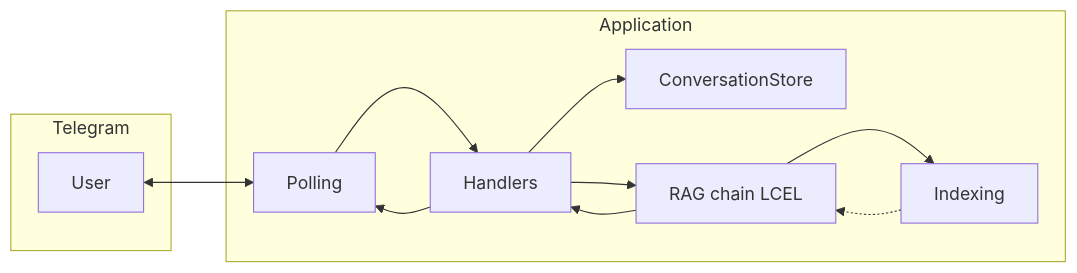
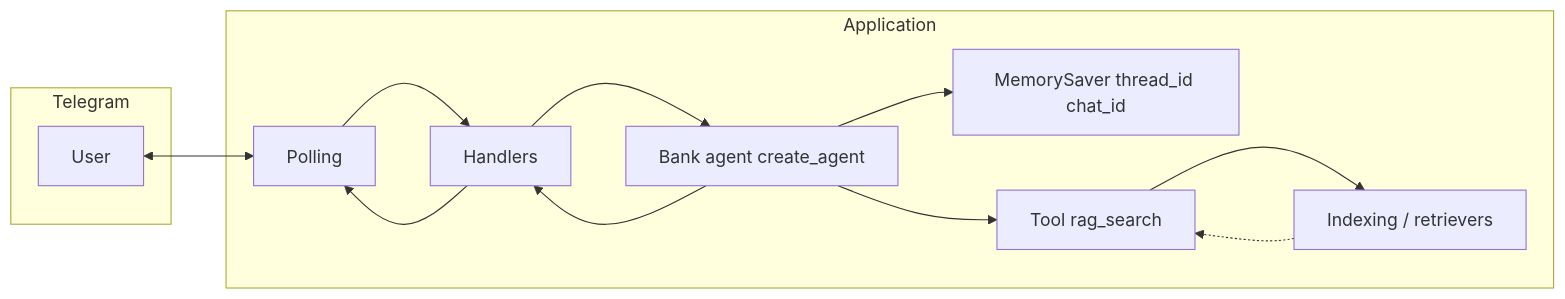
The diagram in 07-agents-langgraph/docs/vision.md (apfisenko/ai-agents), drawn with Mermaid before and after one commit. The commit also changed other lines of this file and 21 other files, not shown here.

````diff
--- a/07-agents-langgraph/docs/vision.md
+++ b/07-agents-langgraph/docs/vision.md
@@ -126,21 +127,23 @@
 ```mermaid
 flowchart LR
   subgraph tg [Telegram]
     User[User]
   end
   subgraph app [Application]
     Poll[Polling]
     H[Handlers]
-    Mem[ConversationStore]
-    Idx[Indexing]
-    RAG[RAG chain LCEL]
+    BA[Bank agent create_agent]
+    Mem[MemorySaver thread_id chat_id]
+    Idx[Indexing / retrievers]
+    RAG[Tool rag_search]
   end
   User <--> Poll
   Poll --> H
-  H --> Mem
-  H --> RAG
+  H --> BA
+  BA --> Mem
+  BA --> RAG
   RAG --> Idx
   Idx -.-> RAG
-  RAG --> H
+  BA --> H
   H --> Poll
 ```
````
